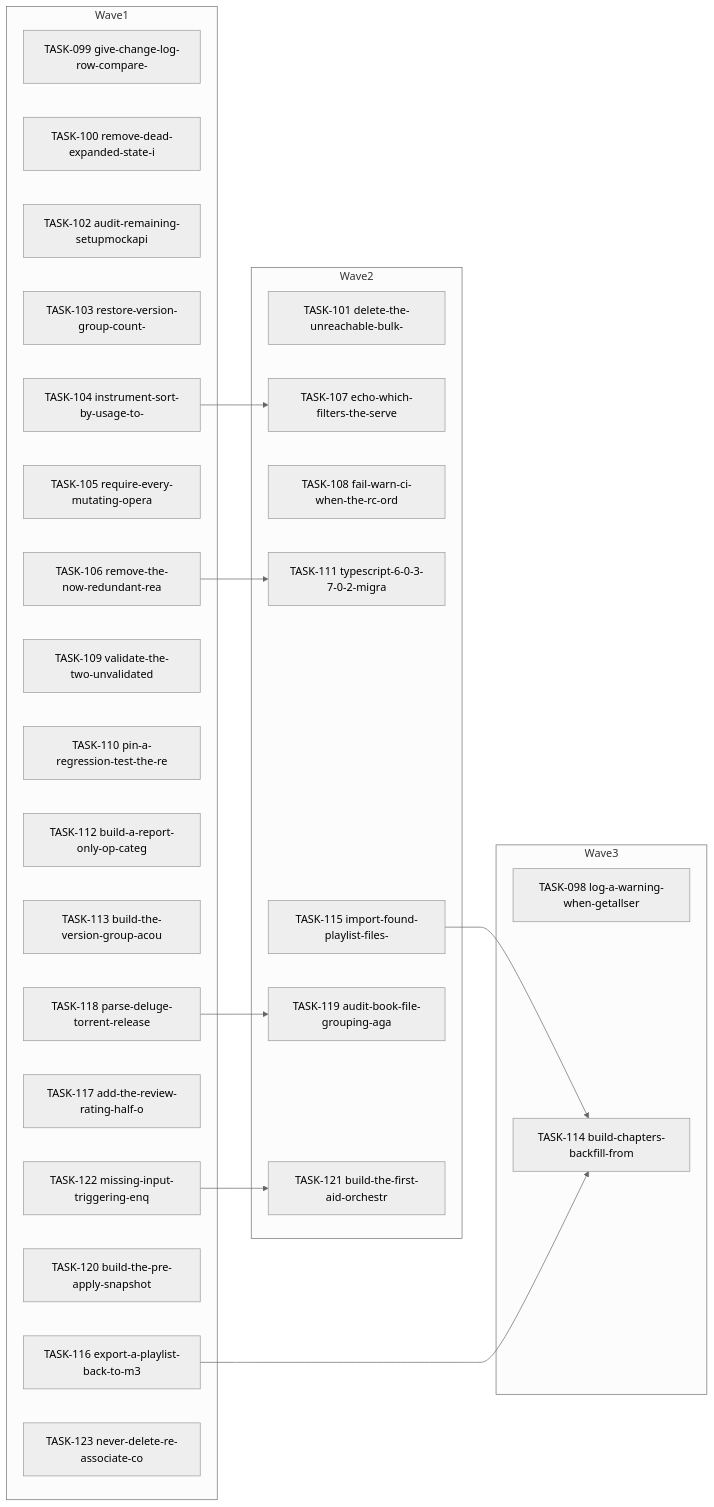
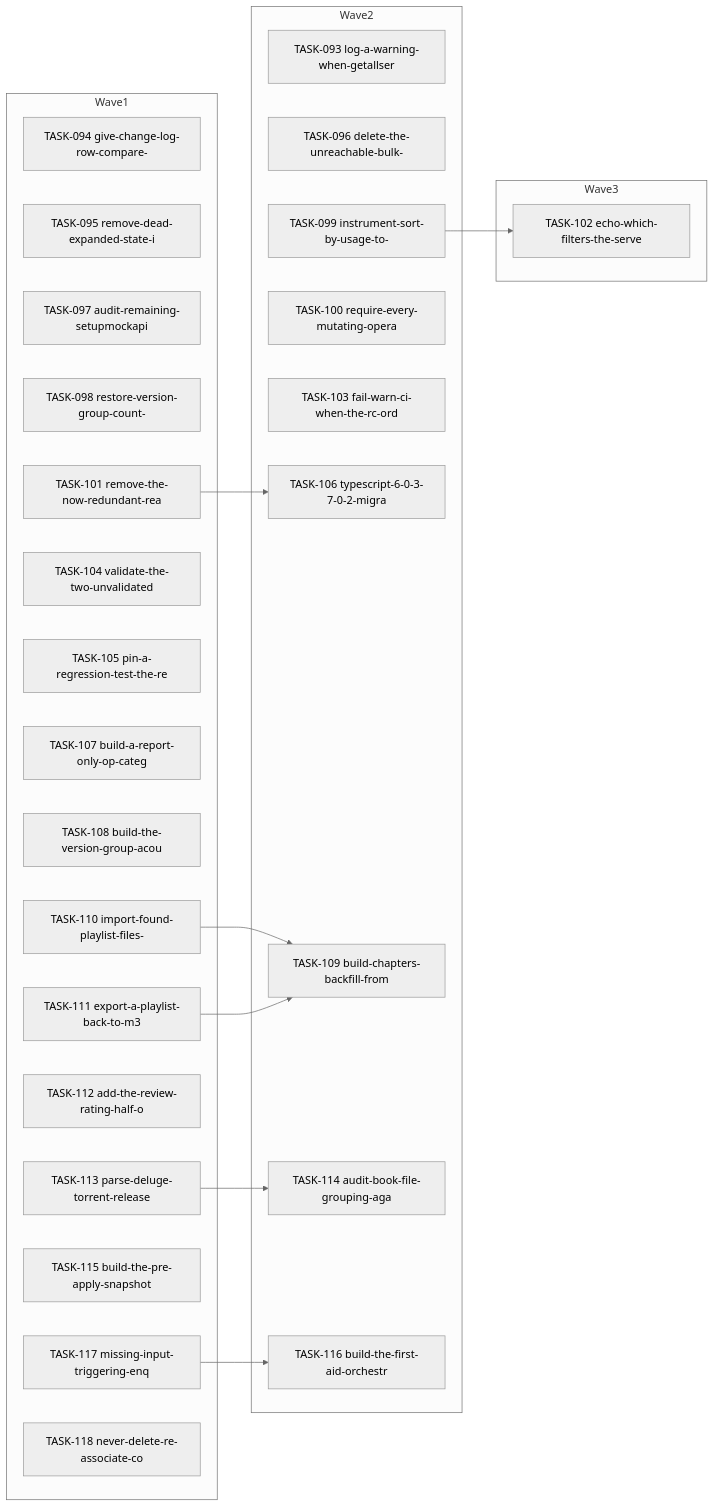
One commit to falkcorp/audiobook-organizer changed the diagram in docs/agent-tasks/todo-completion/missing-file-lane/orchestration.md. Above: the diagram before and after it, drawn with Mermaid (neutral theme). The commit also changed other lines of this file and 428 other files, not shown here.

````diff
--- a/docs/agent-tasks/todo-completion/missing-file-lane/orchestration.md
+++ b/docs/agent-tasks/todo-completion/missing-file-lane/orchestration.md
@@ -12,41 +12,41 @@
 ```mermaid
 flowchart LR
     subgraph Wave1
-      TASK099[TASK-099 give-change-log-row-compare-]
-      TASK100[TASK-100 remove-dead-expanded-state-i]
-      TASK102[TASK-102 audit-remaining-setupmockapi]
-      TASK103[TASK-103 restore-version-group-count-]
-      TASK104[TASK-104 instrument-sort-by-usage-to-]
-      TASK105[TASK-105 require-every-mutating-opera]
-      TASK106[TASK-106 remove-the-now-redundant-rea]
-      TASK109[TASK-109 validate-the-two-unvalidated]
-      TASK110[TASK-110 pin-a-regression-test-the-re]
-      TASK112[TASK-112 build-a-report-only-op-categ]
-      TASK113[TASK-113 build-the-version-group-acou]
-      TASK116[TASK-116 export-a-playlist-back-to-m3]
-      TASK117[TASK-117 add-the-review-rating-half-o]
-      TASK118[TASK-118 parse-deluge-torrent-release]
-      TASK120[TASK-120 build-the-pre-apply-snapshot]
-      TASK122[TASK-122 missing-input-triggering-enq]
-      TASK123[TASK-123 never-delete-re-associate-co]
+      TASK094[TASK-094 give-change-log-row-compare-]
+      TASK095[TASK-095 remove-dead-expanded-state-i]
+      TASK097[TASK-097 audit-remaining-setupmockapi]
+      TASK098[TASK-098 restore-version-group-count-]
+      TASK101[TASK-101 remove-the-now-redundant-rea]
+      TASK104[TASK-104 validate-the-two-unvalidated]
+      TASK105[TASK-105 pin-a-regression-test-the-re]
+      TASK107[TASK-107 build-a-report-only-op-categ]
+      TASK108[TASK-108 build-the-version-group-acou]
+      TASK110[TASK-110 import-found-playlist-files-]
+      TASK111[TASK-111 export-a-playlist-back-to-m3]
+      TASK112[TASK-112 add-the-review-rating-half-o]
+      TASK113[TASK-113 parse-deluge-torrent-release]
+      TASK115[TASK-115 build-the-pre-apply-snapshot]
+      TASK117[TASK-117 missing-input-triggering-enq]
+      TASK118[TASK-118 never-delete-re-associate-co]
     end
     subgraph Wave2
-      TASK101[TASK-101 delete-the-unreachable-bulk-]
-      TASK107[TASK-107 echo-which-filters-the-serve]
-      TASK108[TASK-108 fail-warn-ci-when-the-rc-ord]
-      TASK111[TASK-111 typescript-6-0-3-7-0-2-migra]
-      TASK115[TASK-115 import-found-playlist-files-]
-      TASK119[TASK-119 audit-book-file-grouping-aga]
-      TASK121[TASK-121 build-the-first-aid-orchestr]
+      TASK093[TASK-093 log-a-warning-when-getallser]
+      TASK096[TASK-096 delete-the-unreachable-bulk-]
+      TASK099[TASK-099 instrument-sort-by-usage-to-]
+      TASK100[TASK-100 require-every-mutating-opera]
+      TASK103[TASK-103 fail-warn-ci-when-the-rc-ord]
+      TASK106[TASK-106 typescript-6-0-3-7-0-2-migra]
+      TASK109[TASK-109 build-chapters-backfill-from]
+      TASK114[TASK-114 audit-book-file-grouping-aga]
+      TASK116[TASK-116 build-the-first-aid-orchestr]
     end
     subgraph Wave3
-      TASK098[TASK-098 log-a-warning-when-getallser]
-      TASK114[TASK-114 build-chapters-backfill-from]
+      TASK102[TASK-102 echo-which-filters-the-serve]
     end
-    TASK104 --> TASK107
-    TASK106 --> TASK111
-    TASK115 --> TASK114
-    TASK116 --> TASK114
-    TASK118 --> TASK119
-    TASK122 --> TASK121
+    TASK099 --> TASK102
+    TASK101 --> TASK106
+    TASK110 --> TASK109
+    TASK111 --> TASK109
+    TASK113 --> TASK114
+    TASK117 --> TASK116
 ```
````
